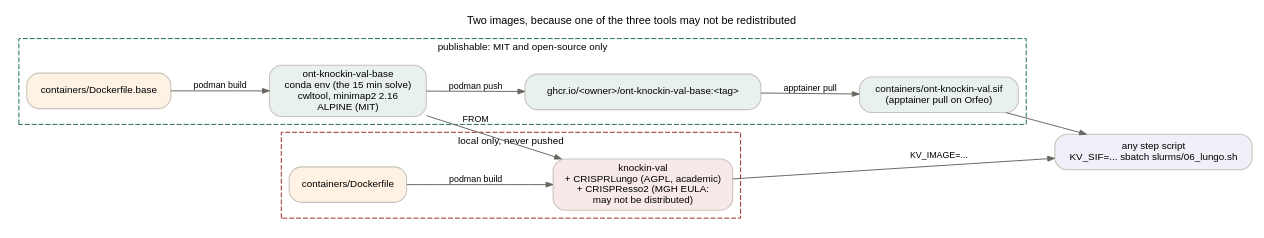
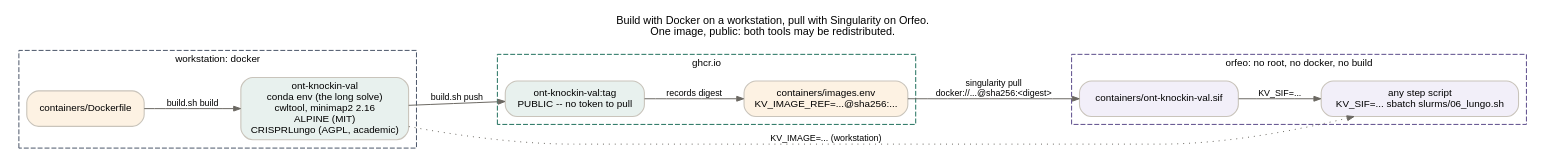
Before and after one commit to ssenci97/ONT-CRISPR-knock-in: the diagram in docs/diagrams/05_containers.dot, drawn with Graphviz. The commit also changed 31 other files, not shown here.

Commit message:
remove CRISPResso2; single public image; conda-forge instead of apt

```diff
--- a/docs/diagrams/05_containers.dot
+++ b/docs/diagrams/05_containers.dot
@@ -1,28 +1,29 @@
 digraph containers {
   graph [rankdir=LR, bgcolor="white", fontname="Helvetica", fontsize=11, labelloc=t,
-         label="Two images, because one of the three tools may not be redistributed"];
+         label="Build with Docker on a workstation, pull with Singularity on Orfeo.\nOne image, public: both tools may be redistributed."];
   node [fontname="Helvetica", fontsize=10, shape=box, style="rounded,filled", color="#c9c4bb", penwidth=1.1];
-  edge [color="#6b6862", arrowsize=0.7];
+  edge [color="#6b6862", arrowsize=0.7, fontsize=9, fontname="Helvetica"];
 
-  subgraph cluster_pub {
-    label="publishable: MIT and open-source only"; fontname="Helvetica"; fontsize=10; color="#1f6f5c"; style=dashed;
-    basefile [label="containers/Dockerfile.base", fillcolor="#fdf2e3"];
-    base [label="ont-knockin-val-base\nconda env (the 15 min solve)\ncwltool, minimap2 2.16\nALPINE (MIT)", fillcolor="#e8f1ee"];
-    ghcr [label="ghcr.io/<owner>/ont-knockin-val-base:<tag>", fillcolor="#e8f1ee"];
-    sif [label="containers/ont-knockin-val.sif\n(apptainer pull on Orfeo)", fillcolor="#e8f1ee"];
+  subgraph cluster_ws {
+    label="workstation: docker"; fontname="Helvetica"; fontsize=10; color="#4a5568"; style=dashed;
+    dfile [label="containers/Dockerfile", fillcolor="#fdf2e3"];
+    img [label="ont-knockin-val\nconda env (the long solve)\ncwltool, minimap2 2.16\nALPINE (MIT)\nCRISPRLungo (AGPL, academic)", fillcolor="#e8f1ee"];
   }
-  subgraph cluster_local {
-    label="local only, never pushed"; fontname="Helvetica"; fontsize=10; color="#9b2c2c"; style=dashed;
-    fullfile [label="containers/Dockerfile", fillcolor="#fdf2e3"];
-    full [label="knockin-val\n+ CRISPRLungo (AGPL, academic)\n+ CRISPResso2 (MGH EULA:\nmay not be distributed)", fillcolor="#f7e9e9"];
+  subgraph cluster_ghcr {
+    label="ghcr.io"; fontname="Helvetica"; fontsize=10; color="#1f6f5c"; style=dashed;
+    pub [label="ont-knockin-val:tag\nPUBLIC -- no token to pull", fillcolor="#e8f1ee"];
+    dig [label="containers/images.env\nKV_IMAGE_REF=...@sha256:...", fillcolor="#fdf2e3"];
+  }
+  subgraph cluster_orfeo {
+    label="orfeo: no root, no docker, no build"; fontname="Helvetica"; fontsize=10; color="#5a4a8a"; style=dashed;
+    sif [label="containers/ont-knockin-val.sif", fillcolor="#f2eff9"];
+    run [label="any step script\nKV_SIF=... sbatch slurms/06_lungo.sh", fillcolor="#f2eff9"];
   }
 
-  basefile -> base [label="podman build", fontsize=9, fontname="Helvetica"];
-  base -> ghcr [label="podman push", fontsize=9, fontname="Helvetica"];
-  ghcr -> sif [label="apptainer pull", fontsize=9, fontname="Helvetica"];
-  base -> full [label="FROM", fontsize=9, fontname="Helvetica"];
-  fullfile -> full [label="podman build", fontsize=9, fontname="Helvetica"];
-
-  run [label="any step script\nKV_SIF=... sbatch slurms/06_lungo.sh", fillcolor="#f2eff9"];
-  sif -> run; full -> run [label="KV_IMAGE=...", fontsize=9, fontname="Helvetica"];
+  dfile -> img [label="build.sh build"];
+  img -> pub [label="build.sh push"];
+  pub -> dig [label="records digest"];
+  dig -> sif [label="singularity pull\ndocker://...@sha256:<digest>"];
+  sif -> run [label="KV_SIF=..."];
+  img -> run [style=dotted, label="KV_IMAGE=... (workstation)"];
 }
```
